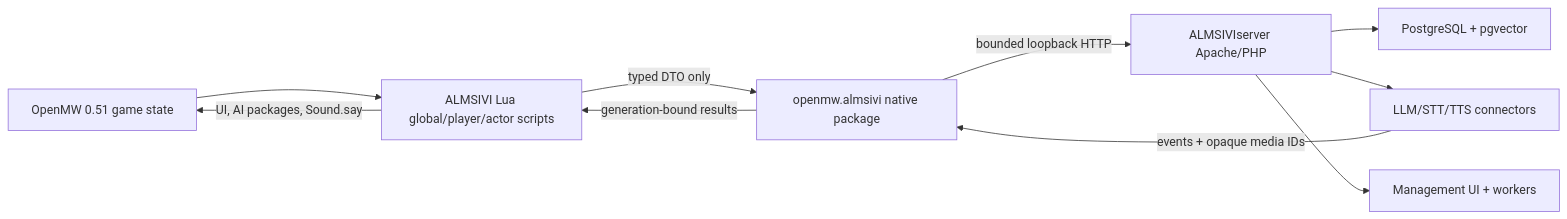
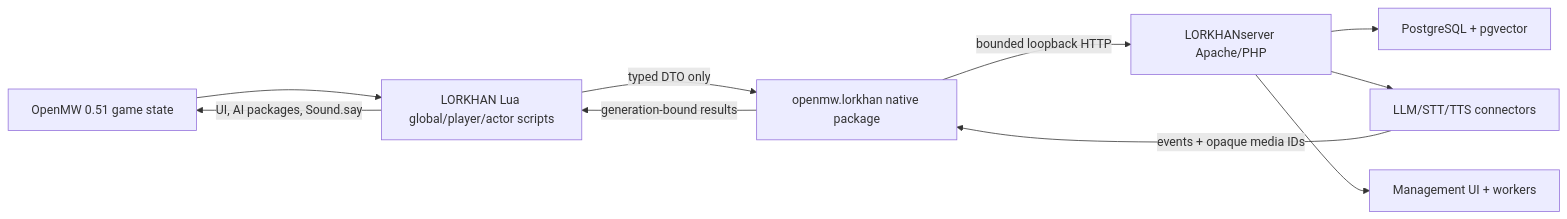
One commit to Dwemer-Dynamics/LORKHAN changed the diagram in docs/PROGRAM-PLAN.md. Above: the diagram before and after it, drawn with Mermaid. The commit also changed other lines of this file and 384 other files, not shown here.

Commit message:
Rename ALMSIVI client to LORKHAN

````diff
--- a/docs/PROGRAM-PLAN.md
+++ b/docs/PROGRAM-PLAN.md
@@ -84,12 +84,12 @@
 ```mermaid
 flowchart LR
-  G["OpenMW 0.51 game state"] --> L["ALMSIVI Lua global/player/actor scripts"]
-  L -->|"typed DTO only"| B["openmw.almsivi native package"]
-  B -->|"bounded loopback HTTP"| A["ALMSIVIserver Apache/PHP"]
+  G["OpenMW 0.51 game state"] --> L["LORKHAN Lua global/player/actor scripts"]
+  L -->|"typed DTO only"| B["openmw.lorkhan native package"]
+  B -->|"bounded loopback HTTP"| A["LORKHANserver Apache/PHP"]
   A --> D["PostgreSQL + pgvector"]
   A --> P["LLM/STT/TTS connectors"]
   A --> U["Management UI + workers"]
   P -->|"events + opaque media IDs"| B
   B -->|"generation-bound results"| L
   L -->|"UI, AI packages, Sound.say"| G
 ```
````
